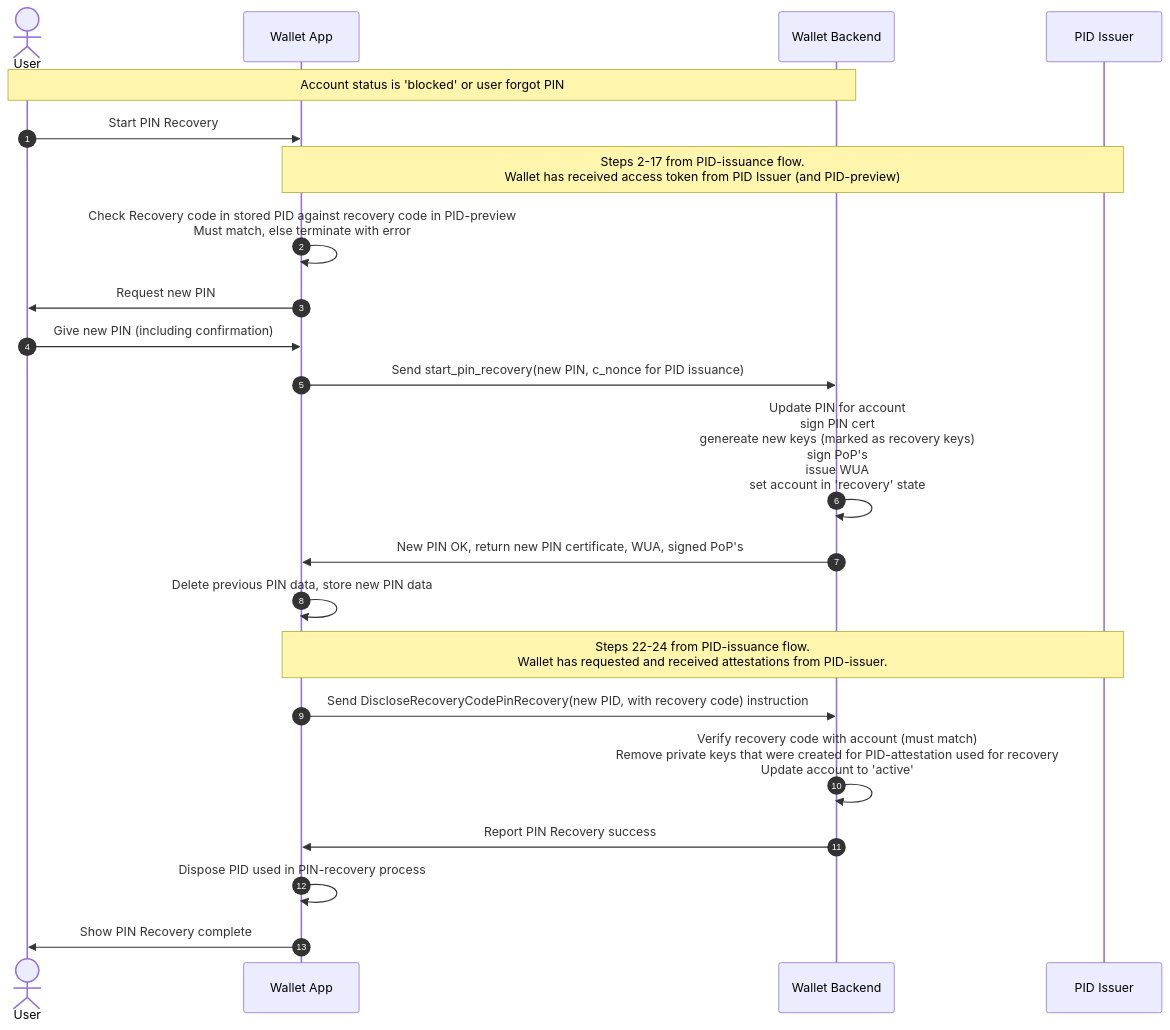
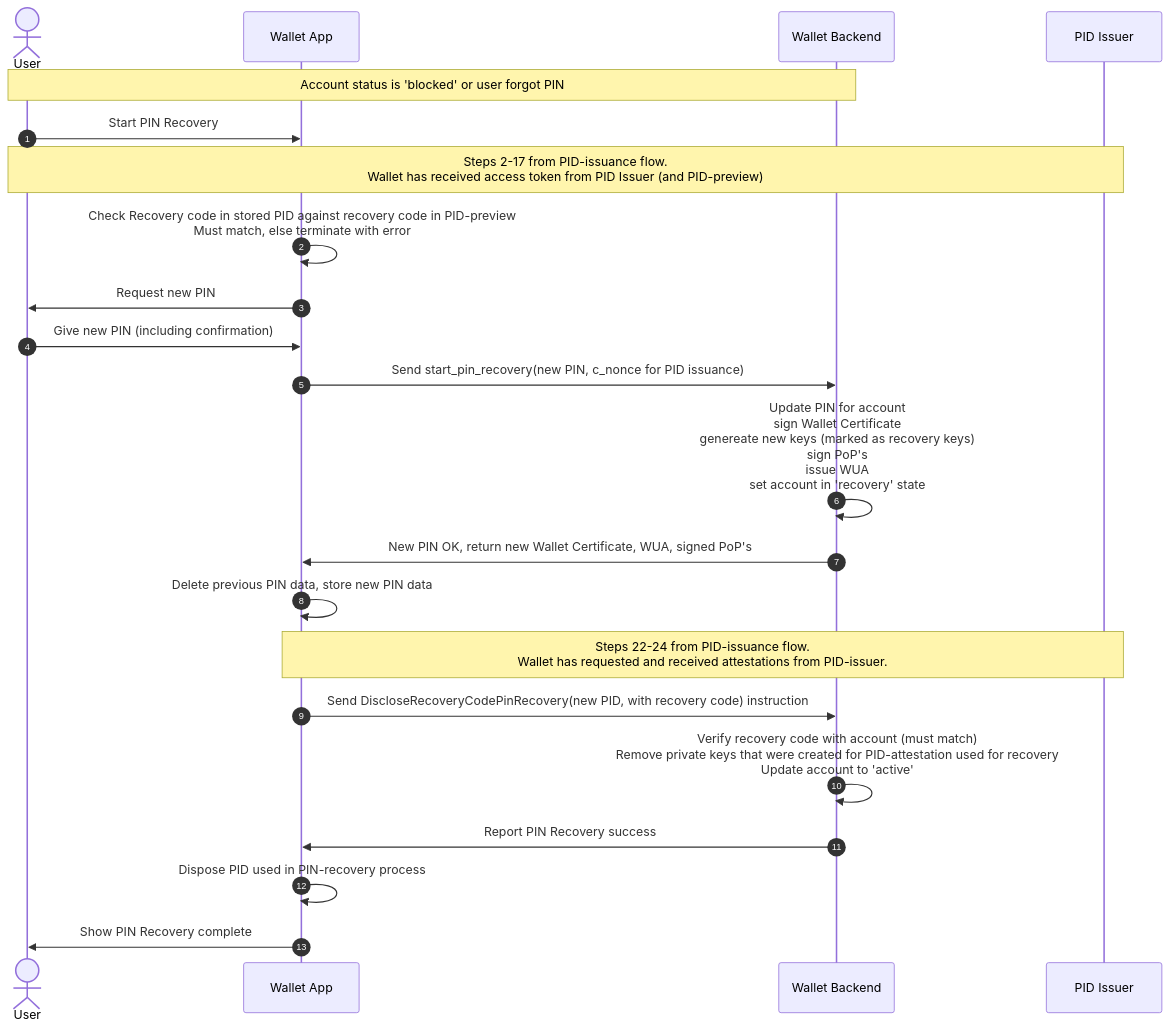
Before and after one commit to MinBZK/nl-wallet: the first of 3 diagrams in wallet_docs/architecture/use-cases/recovery_usecases.md, drawn with Mermaid.

Commit message:
rename PIN cert -> wallet cert

````diff
--- a/wallet_docs/architecture/use-cases/recovery_usecases.md
+++ b/wallet_docs/architecture/use-cases/recovery_usecases.md
@@ -44,25 +44,25 @@
 ```{mermaid}
 sequenceDiagram
     autonumber
     actor User as User
     participant Wallet as Wallet App
     participant WP as Wallet Backend
     participant PID as PID Issuer
     
     note over User, WP: Account status is 'blocked' or user forgot PIN 
     User ->> Wallet : Start PIN Recovery 
-    note over Wallet, PID:Steps 2-17 from PID-issuance flow. <br/> Wallet has received access token from PID Issuer (and PID-preview)
+    note over User, PID:Steps 2-17 from PID-issuance flow. <br/> Wallet has received access token from PID Issuer (and PID-preview)
     Wallet ->> Wallet: Check Recovery code in stored PID against recovery code in PID-preview<br/>Must match, else terminate with error
     Wallet ->> User: Request new PIN
     User ->> Wallet: Give new PIN (including confirmation)
     Wallet ->> WP: Send start_pin_recovery(new PIN, c_nonce for PID issuance)
-    WP ->> WP: Update PIN for account<br/> sign PIN cert<br/>genereate new keys (marked as recovery keys)<br/> sign PoP's<br/> issue WUA<br/>set account in 'recovery' state
-    WP ->> Wallet: New PIN OK, return new PIN certificate, WUA, signed PoP's
+    WP ->> WP: Update PIN for account<br/> sign Wallet Certificate<br/>genereate new keys (marked as recovery keys)<br/> sign PoP's<br/> issue WUA<br/>set account in 'recovery' state
+    WP ->> Wallet: New PIN OK, return new Wallet Certificate, WUA, signed PoP's
     Wallet ->> Wallet: Delete previous PIN data, store new PIN data    
     note over Wallet, PID: Steps 22-24 from PID-issuance flow. <br/> Wallet has requested and received attestations from PID-issuer. 
     Wallet ->> WP: Send DiscloseRecoveryCodePinRecovery(new PID, with recovery code) instruction
     WP ->> WP: Verify recovery code with account (must match)<br/>Remove private keys that were created for PID-attestation used for recovery<br/>Update account to 'active'
     WP ->> Wallet: Report PIN Recovery success
     Wallet ->> Wallet: Dispose PID used in PIN-recovery process
     Wallet ->> User: Show PIN Recovery complete
 ```
````
